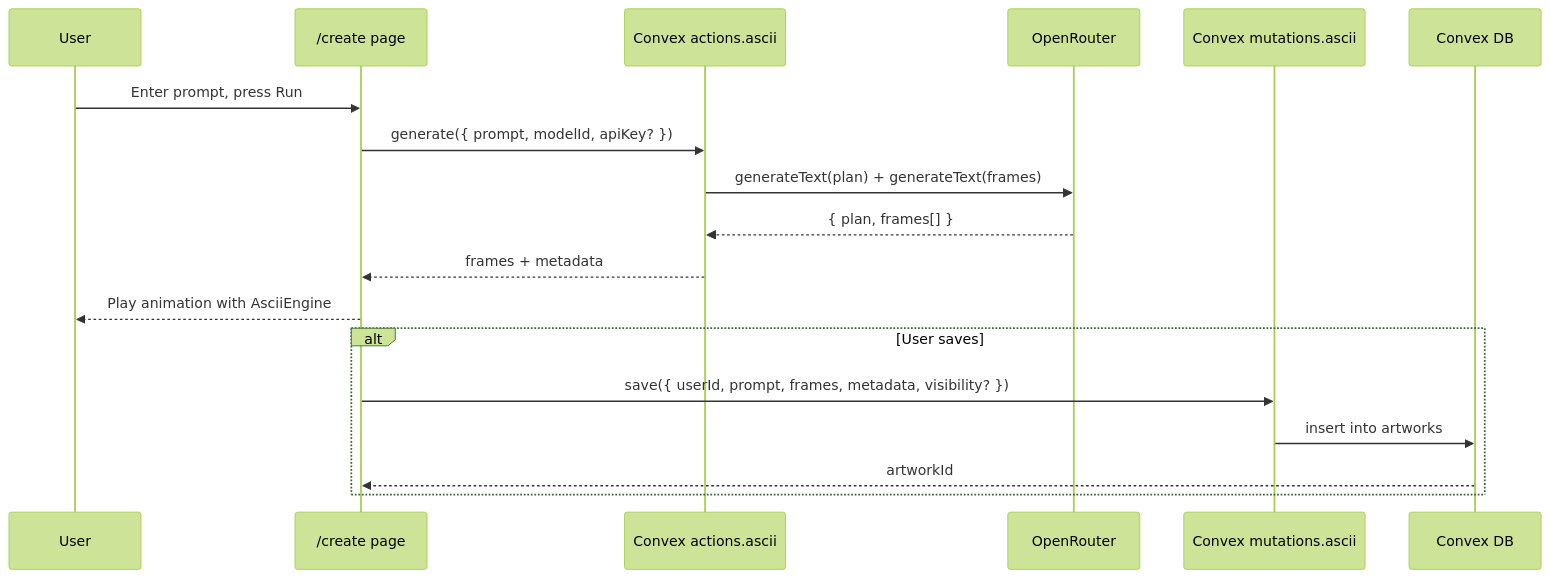
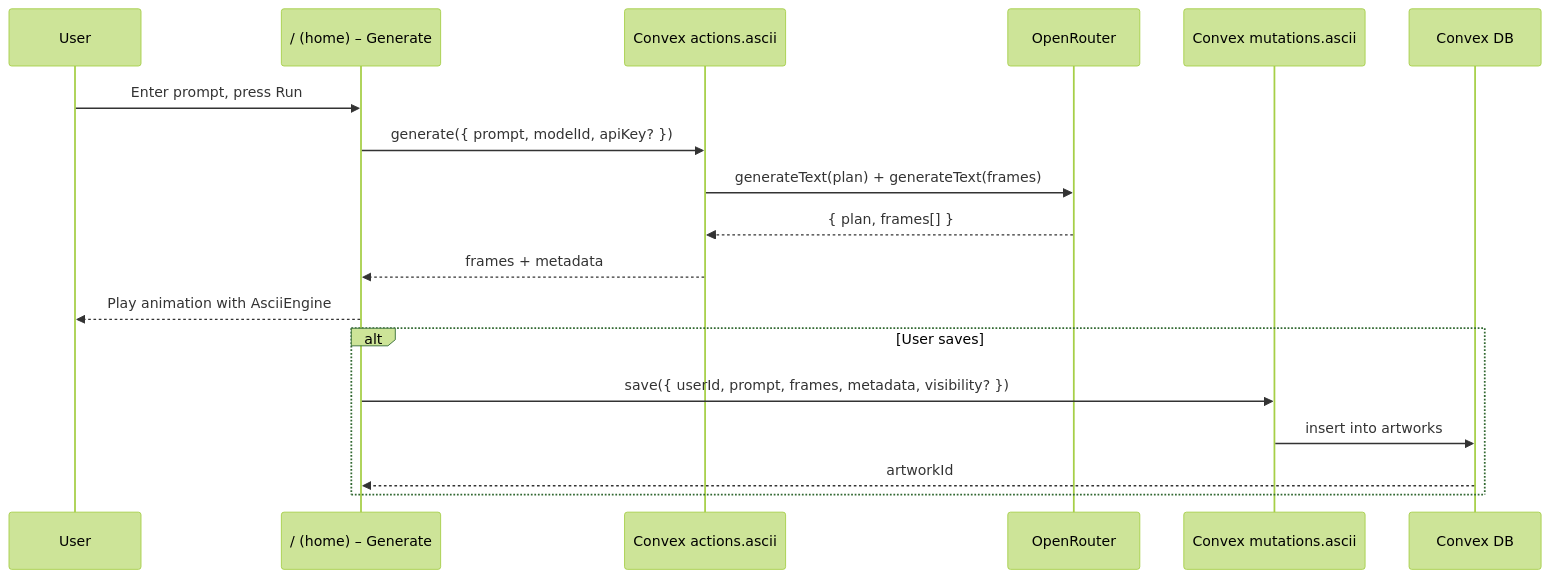
Before and after one commit to lnittman/ascii-xyz: the diagram in docs/user-flows/ascii-creation.md, drawn with Mermaid (forest theme). The commit also changed other lines of this file and 5 other files, not shown here.

Commit message:
docs: rebase on main; resolve README conflict; fix routes/ports; add actions.ascii.enhance; align env + user flows with current code

````diff
--- a/docs/user-flows/ascii-creation.md
+++ b/docs/user-flows/ascii-creation.md
@@ -5,21 +5,21 @@
 ```mermaid
 sequenceDiagram
   participant U as User
-  participant UI as /create page
+  participant UI as / (home) – Generate
   participant Act as Convex actions.ascii
   participant AI as OpenRouter
   participant Mut as Convex mutations.ascii
   participant DB as Convex DB
 
   U->>UI: Enter prompt, press Run
   UI->>Act: generate({ prompt, modelId, apiKey? })
   Act->>AI: generateText(plan) + generateText(frames)
   AI-->>Act: { plan, frames[] }
   Act-->>UI: frames + metadata
   UI-->>U: Play animation with AsciiEngine
   alt User saves
     UI->>Mut: save({ userId, prompt, frames, metadata, visibility? })
     Mut->>DB: insert into artworks
     DB-->>UI: artworkId
   end
 ```
````
